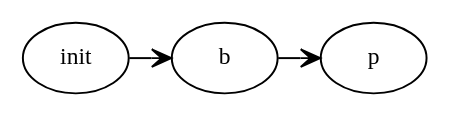
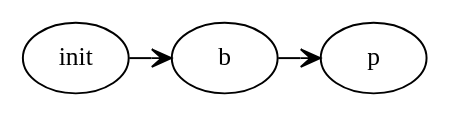
The diagram in figures/dot/dumb-story.dot (jonathan-laurent/kappa-counterfactuals-paper), drawn with Graphviz before and after one commit. The commit also changed 16 other files, not shown here.

```diff
--- a/figures/dot/dumb-story.dot
+++ b/figures/dot/dumb-story.dot
@@ -1,8 +1,8 @@
 digraph {
     graph [ranksep=0.3];
-    node [fontname="CMU Typewriter Text", label="\N", fontsize=12];
+    node [fontname="CMU Typewriter Text", label="\N", fontsize=13];
     edge [arrowhead=vee];
 
     graph [rankdir="LR"]
     init -> b -> p
 }
```
